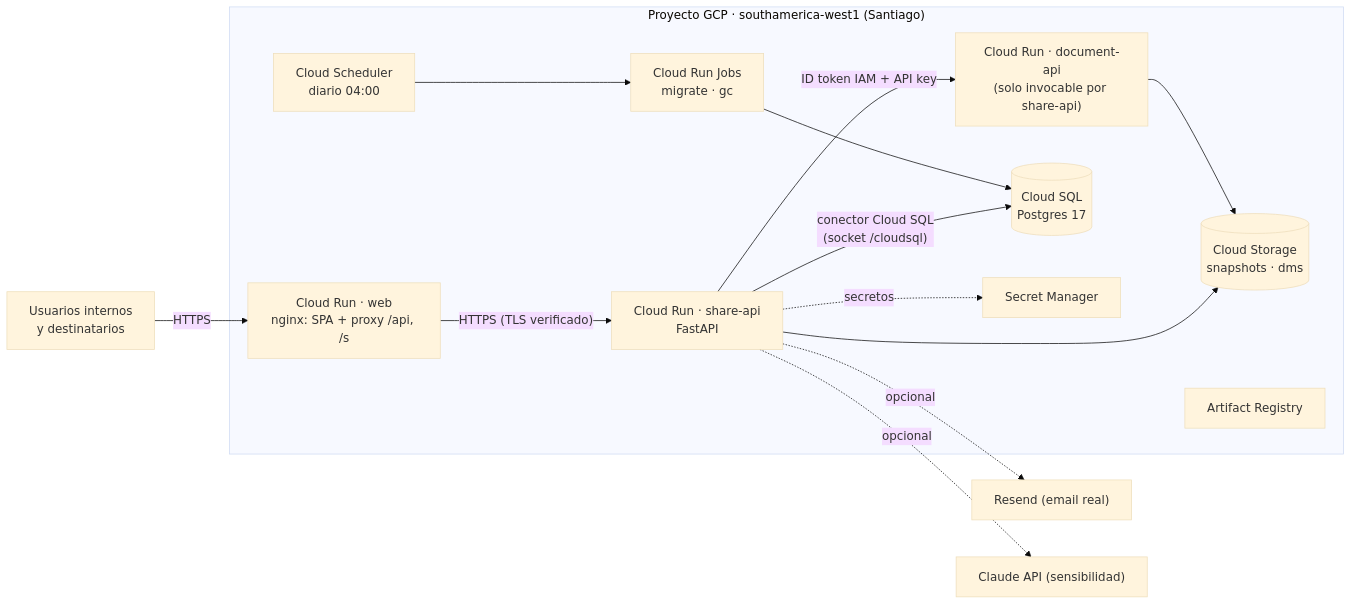
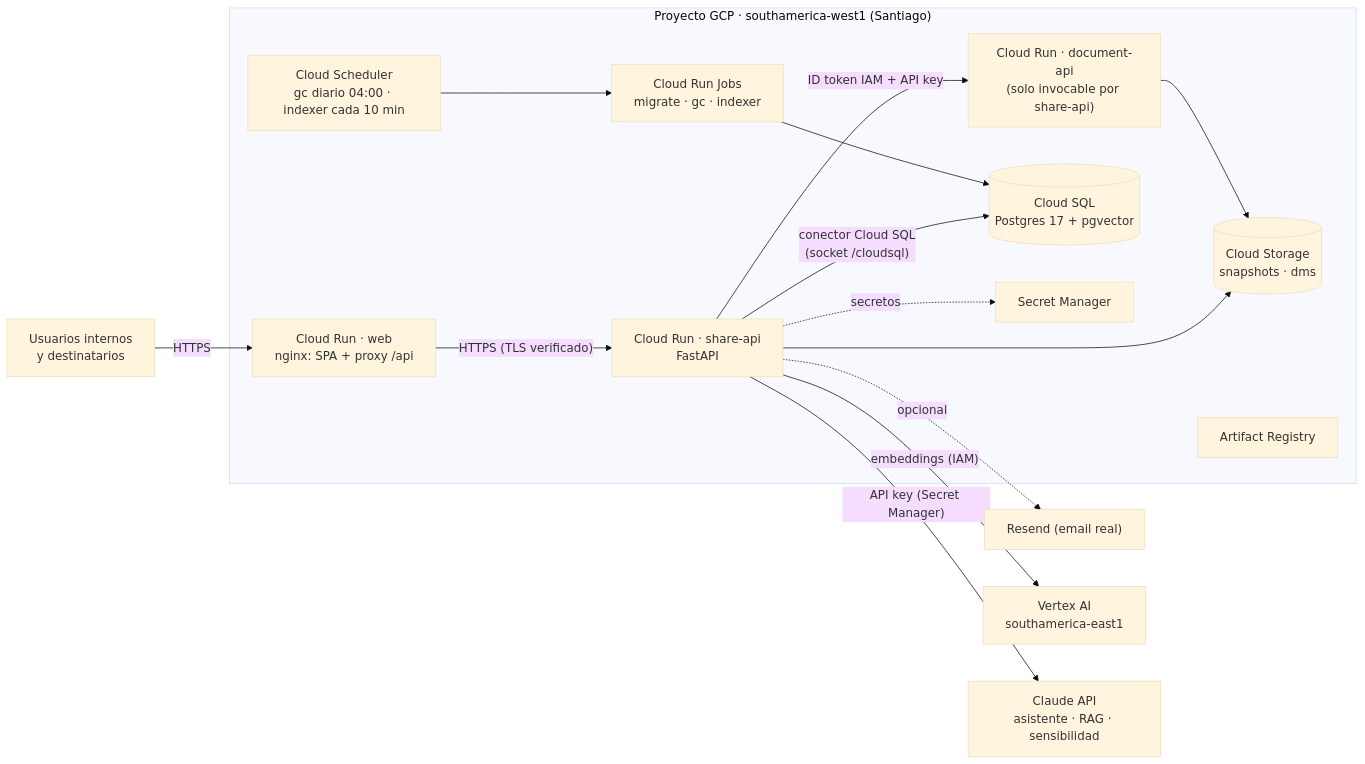
One commit to samilr/thinknex-docshare changed the diagram in docs/06-despliegue-gcp.md. Above: the diagram before and after it, drawn with Mermaid (base theme). The commit also changed other lines of this file and 10 other files, not shown here.

````diff
--- a/docs/06-despliegue-gcp.md
+++ b/docs/06-despliegue-gcp.md
@@ -8,24 +8,25 @@
 ```mermaid
 flowchart LR
     U["Usuarios internos<br/>y destinatarios"] -- HTTPS --> WEB
     subgraph GCP["Proyecto GCP · southamerica-west1 (Santiago)"]
-        WEB["Cloud Run · web<br/>nginx: SPA + proxy /api, /s"]
+        WEB["Cloud Run · web<br/>nginx: SPA + proxy /api"]
         SA["Cloud Run · share-api<br/>FastAPI"]
         DMS["Cloud Run · document-api<br/>(solo invocable por share-api)"]
-        SQL[("Cloud SQL<br/>Postgres 17")]
+        SQL[("Cloud SQL<br/>Postgres 17 + pgvector")]
         GCS[("Cloud Storage<br/>snapshots · dms")]
         SM["Secret Manager"]
-        JOBS["Cloud Run Jobs<br/>migrate · gc"]
-        SCH["Cloud Scheduler<br/>diario 04:00"]
+        JOBS["Cloud Run Jobs<br/>migrate · gc · indexer"]
+        SCH["Cloud Scheduler<br/>gc diario 04:00 · indexer cada 10 min"]
         AR["Artifact Registry"]
     end
     WEB -- "HTTPS (TLS verificado)" --> SA
     SA -- "ID token IAM + API key" --> DMS
     SA -- "conector Cloud SQL<br/>(socket /cloudsql)" --> SQL
     SA --> GCS
     DMS --> GCS
     SA -. secretos .-> SM
     SCH --> JOBS --> SQL
     SA -. "opcional" .-> RESEND["Resend (email real)"]
-    SA -. "opcional" .-> CLAUDE["Claude API (sensibilidad)"]
+    SA -- "embeddings (IAM)" --> VX["Vertex AI<br/>southamerica-east1"]
+    SA -- "API key (Secret Manager)" --> CLAUDE["Claude API<br/>asistente · RAG · sensibilidad"]
 ```
````
